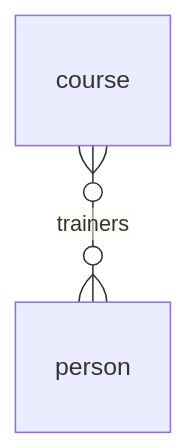
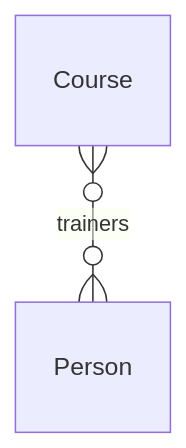
The seventh of 8 diagrams in scripts/seed/content/projects/brightonseo.md (zarif-al/zarif-portfolio), drawn with Mermaid before and after one commit. The commit also changed other lines of this file, not shown here.

Commit message:
docs(seed): expand brightonSEO content with multi-region and schema details

````diff
--- a/scripts/seed/content/projects/brightonseo.md
+++ b/scripts/seed/content/projects/brightonseo.md
@@ -88,4 +164,4 @@
 ```mermaid
 erDiagram
-  course }o--o{ person : trainers
+  Course }o--o{ Person : trainers
 ```
````
